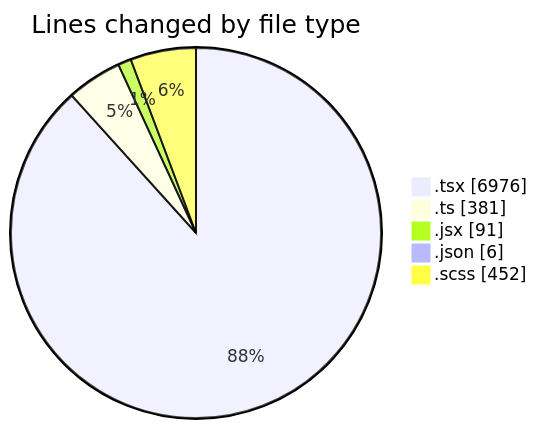
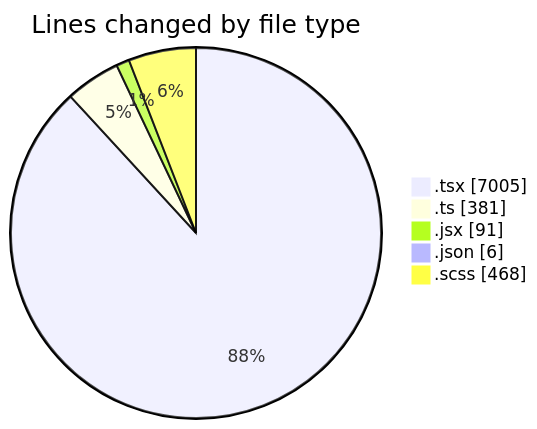
The first of 2 diagrams in 2026-04-27/cda/README.md (momahboobian/code-tracking), drawn with Mermaid before and after one commit. The commit also changed other lines of this file and 1 other file, not shown here.

````diff
--- a/2026-04-27/cda/README.md
+++ b/2026-04-27/cda/README.md
@@ -46,9 +46,9 @@
 ```mermaid
 pie showData
 title Lines changed by file type
-".tsx" : 6976
+".tsx" : 7005
 ".ts" : 381
 ".jsx" : 91
 ".json" : 6
-".scss" : 452
+".scss" : 468
 ```
````
